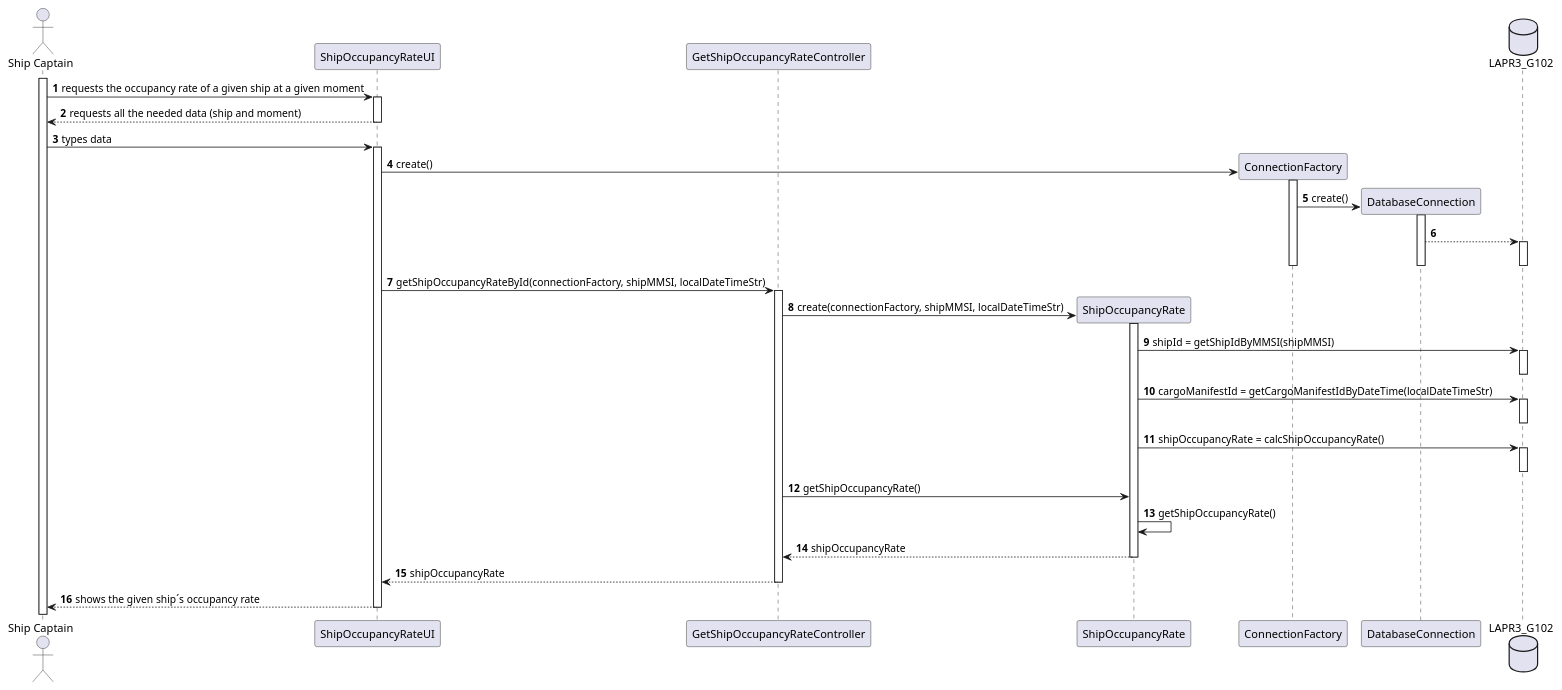
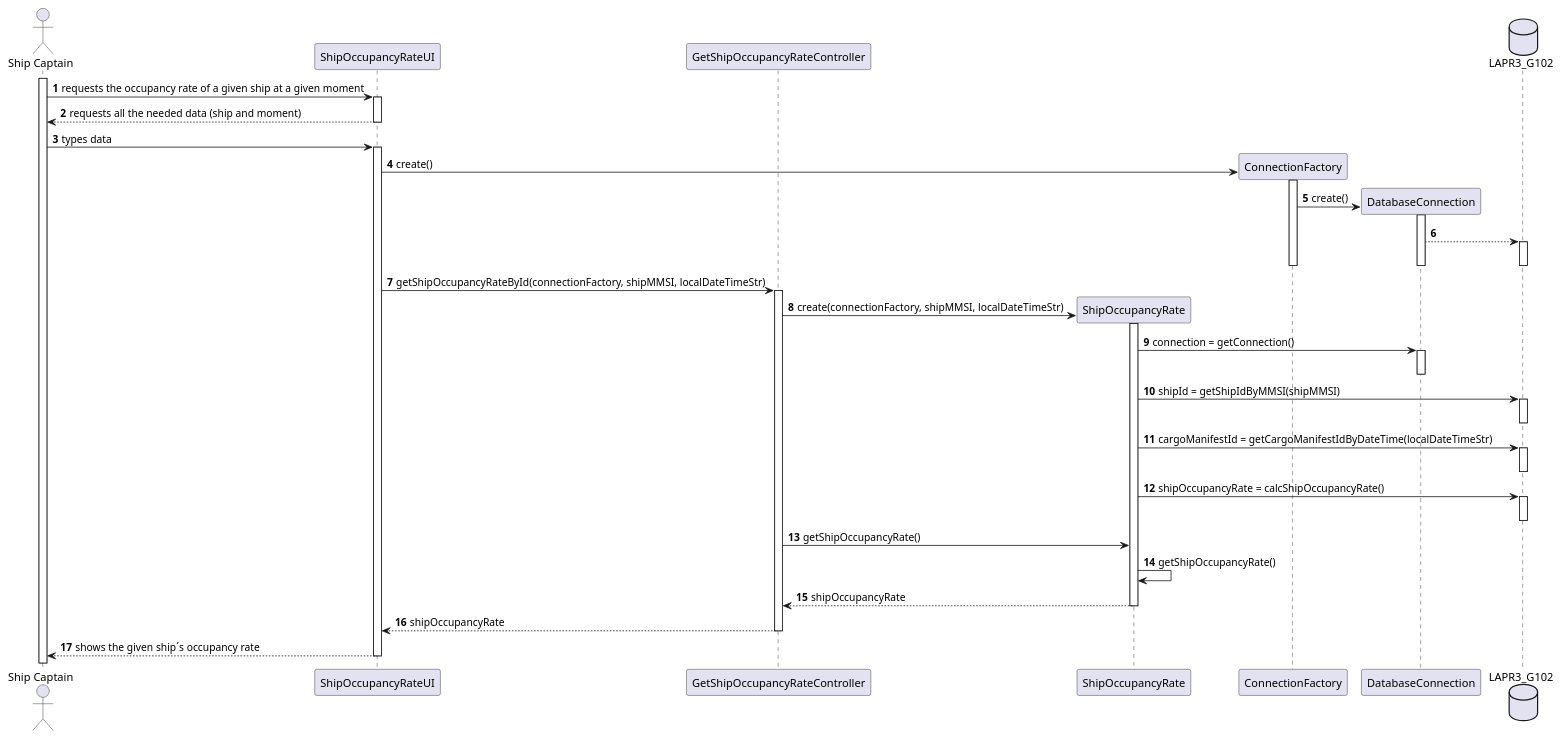
Before and after one commit to mpoboas/lapr3-2021-g102: the diagram in docs/Sprint3/US209/US209_SD.puml, drawn with PlantUML. The commit also changed 1 other file, not shown here.

```diff
--- a/docs/Sprint3/US209/US209_SD.puml
+++ b/docs/Sprint3/US209/US209_SD.puml
@@ -1,58 +1,62 @@
 @startuml
 autonumber
 'hide footbox
 
 actor "Ship Captain" as SC
 
 participant "ShipOccupancyRateUI" as UI
 participant "GetShipOccupancyRateController" as CTRL
 participant "ShipOccupancyRate" as SHIPOCCRATE
 participant ConnectionFactory as CF
 participant DatabaseConnection as DC
 database LAPR3_G102 as DB
 
 activate SC
 SC -> UI : requests the occupancy rate of a given ship at a given moment
 activate UI
 UI --> SC : requests all the needed data (ship and moment)
 deactivate UI
 
 SC -> UI : types data
 activate UI
 
 UI -> CF** : create()
 activate CF
 CF -> DC** : create()
 activate DC
 DC --> DB
 activate DB
 deactivate DB
 deactivate DC
 deactivate CF
 
 UI -> CTRL : getShipOccupancyRateById(connectionFactory, shipMMSI, localDateTimeStr)
 activate CTRL
 CTRL -> SHIPOCCRATE** : create(connectionFactory, shipMMSI, localDateTimeStr)
 activate SHIPOCCRATE
 
+SHIPOCCRATE -> DC : connection = getConnection()
+activate DC
+deactivate DC
+
 SHIPOCCRATE -> DB : shipId = getShipIdByMMSI(shipMMSI)
 activate DB
 deactivate DB
 
 SHIPOCCRATE -> DB : cargoManifestId = getCargoManifestIdByDateTime(localDateTimeStr)
 activate DB
 deactivate DB
 
 SHIPOCCRATE -> DB : shipOccupancyRate = calcShipOccupancyRate()
 activate DB
 deactivate DB
 
 CTRL -> SHIPOCCRATE : getShipOccupancyRate()
 SHIPOCCRATE -> SHIPOCCRATE : getShipOccupancyRate()
 SHIPOCCRATE --> CTRL : shipOccupancyRate
 deactivate SHIPOCCRATE
 CTRL --> UI : shipOccupancyRate
 deactivate CTRL
 UI --> SC : shows the given ship´s occupancy rate
 deactivate UI
 @enduml
```
